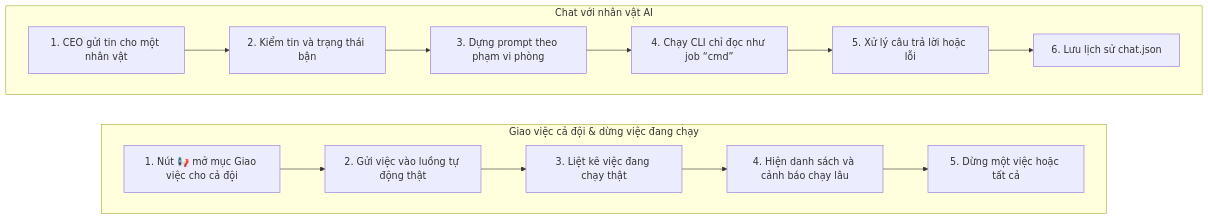
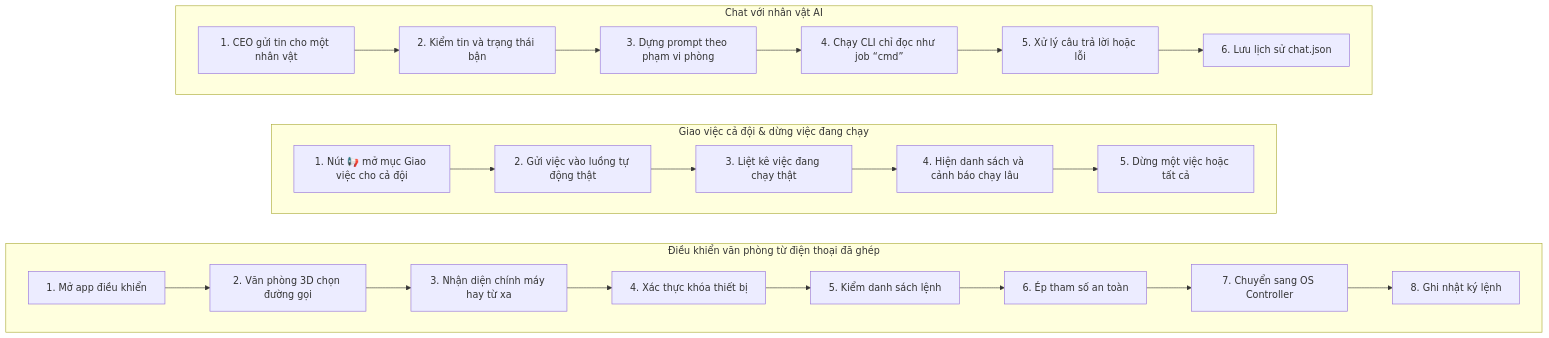
One commit to Thequancute215-sys/V-n-ph-ng-ch-nh-ph- changed the fifth of 11 diagrams in docs/BAN-DO-HE-THONG.md. Above: the diagram before and after it, drawn with Mermaid. The commit also changed other lines of this file and 6 other files, not shown here.

First line of the commit message:
Vẽ lại toàn bộ bản đồ hệ thống: điện thoại, skill, MCP trên máy, hợp đồng, song song

````diff
--- a/docs/BAN-DO-HE-THONG.md
+++ b/docs/BAN-DO-HE-THONG.md
@@ -443,30 +490,49 @@
 ```mermaid
 flowchart TD
   subgraph flow_chat_nhan_vat["Chat với nhân vật AI"]
     direction LR
     step_chat_nhan_vat_gui_tin["1. CEO gửi tin cho một nhân vật"]
     step_chat_nhan_vat_kiem_tin["2. Kiểm tin và trạng thái bận"]
     step_chat_nhan_vat_dung_prompt["3. Dựng prompt theo phạm vi phòng"]
     step_chat_nhan_vat_chay_cli["4. Chạy CLI chỉ đọc như job “cmd”"]
     step_chat_nhan_vat_xu_ly_tra_loi["5. Xử lý câu trả lời hoặc lỗi"]
     step_chat_nhan_vat_luu_lich_su["6. Lưu lịch sử chat.json"]
     step_chat_nhan_vat_gui_tin --> step_chat_nhan_vat_kiem_tin
     step_chat_nhan_vat_kiem_tin --> step_chat_nhan_vat_dung_prompt
     step_chat_nhan_vat_dung_prompt --> step_chat_nhan_vat_chay_cli
     step_chat_nhan_vat_chay_cli --> step_chat_nhan_vat_xu_ly_tra_loi
     step_chat_nhan_vat_xu_ly_tra_loi --> step_chat_nhan_vat_luu_lich_su
   end
   subgraph flow_giao_viec_ca_doi["Giao việc cả đội & dừng việc đang chạy"]
     direction LR
     step_giao_viec_ca_doi_mo_ban_giao_viec["1. Nút 📢 mở mục Giao việc cho cả đội"]
     step_giao_viec_ca_doi_bat_luong_tu_dong["2. Gửi việc vào luồng tự động thật"]
     step_giao_viec_ca_doi_liet_ke["3. Liệt kê việc đang chạy thật"]
     step_giao_viec_ca_doi_hien_canh_bao["4. Hiện danh sách và cảnh báo chạy lâu"]
     step_giao_viec_ca_doi_dung_viec["5. Dừng một việc hoặc tất cả"]
     step_giao_viec_ca_doi_mo_ban_giao_viec --> step_giao_viec_ca_doi_bat_luong_tu_dong
     step_giao_viec_ca_doi_bat_luong_tu_dong --> step_giao_viec_ca_doi_liet_ke
     step_giao_viec_ca_doi_liet_ke --> step_giao_viec_ca_doi_hien_canh_bao
     step_giao_viec_ca_doi_hien_canh_bao --> step_giao_viec_ca_doi_dung_viec
   end
+  subgraph flow_dieu_khien_tu_dien_thoai["Điều khiển văn phòng từ điện thoại đã ghép"]
+    direction LR
+    step_dieu_khien_tu_dien_thoai_mo_app["1. Mở app điều khiển"]
+    step_dieu_khien_tu_dien_thoai_chon_duong["2. Văn phòng 3D chọn đường gọi"]
+    step_dieu_khien_tu_dien_thoai_nhan_dien["3. Nhận diện chính máy hay từ xa"]
+    step_dieu_khien_tu_dien_thoai_xac_thuc["4. Xác thực khóa thiết bị"]
+    step_dieu_khien_tu_dien_thoai_danh_sach["5. Kiểm danh sách lệnh"]
+    step_dieu_khien_tu_dien_thoai_ep_an_toan["6. Ép tham số an toàn"]
+    step_dieu_khien_tu_dien_thoai_chuyen_ctl["7. Chuyển sang OS Controller"]
+    step_dieu_khien_tu_dien_thoai_nhat_ky["8. Ghi nhật ký lệnh"]
+    step_dieu_khien_tu_dien_thoai_mo_app --> step_dieu_khien_tu_dien_thoai_chon_duong
+    step_dieu_khien_tu_dien_thoai_chon_duong --> step_dieu_khien_tu_dien_thoai_nhan_dien
+    step_dieu_khien_tu_dien_thoai_nhan_dien --> step_dieu_khien_tu_dien_thoai_xac_thuc
+    step_dieu_khien_tu_dien_thoai_xac_thuc --> step_dieu_khien_tu_dien_thoai_danh_sach
+    step_dieu_khien_tu_dien_thoai_danh_sach --> step_dieu_khien_tu_dien_thoai_ep_an_toan
+    step_dieu_khien_tu_dien_thoai_ep_an_toan --> step_dieu_khien_tu_dien_thoai_chuyen_ctl
+    step_dieu_khien_tu_dien_thoai_chuyen_ctl --> step_dieu_khien_tu_dien_thoai_nhat_ky
+  end
   flow_chat_nhan_vat ~~~ flow_giao_viec_ca_doi
+  flow_giao_viec_ca_doi ~~~ flow_dieu_khien_tu_dien_thoai
 ```
````
